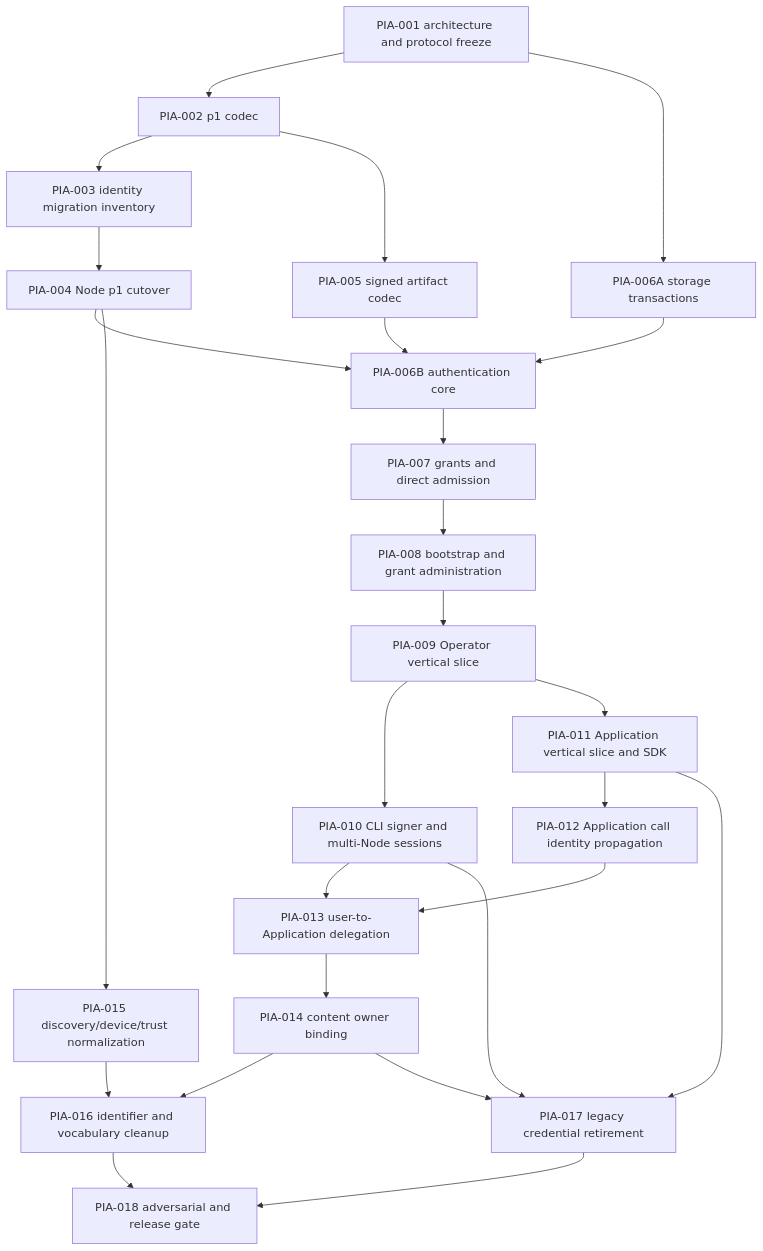
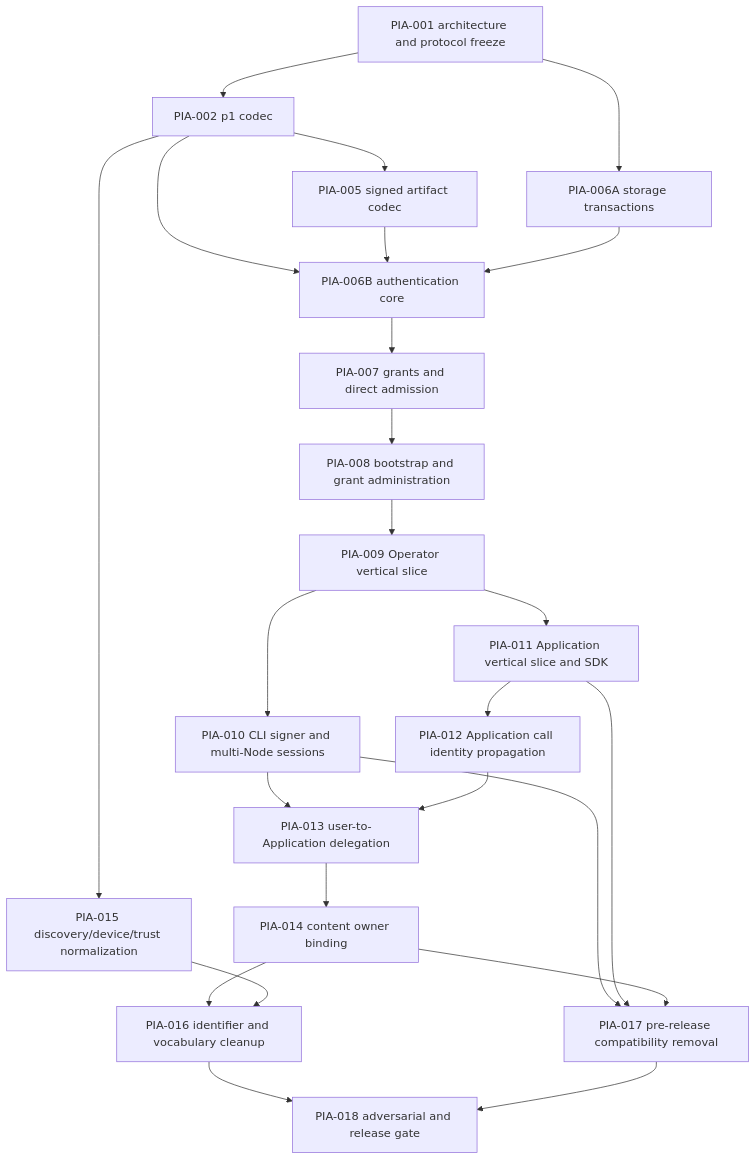
Before and after one commit to dianabuilds/ardents-network: the diagram in docs/engineering/principal-identity-and-access-work-plan.md, drawn with Mermaid. The commit also changed other lines of this file and 281 other files, not shown here.

Commit message:
wip: principal-centered identity access greenfield cutover

````diff
--- a/docs/engineering/principal-identity-and-access-work-plan.md
+++ b/docs/engineering/principal-identity-and-access-work-plan.md
@@ -54,28 +54,26 @@
 ```mermaid
 flowchart TD
     T1[PIA-001 architecture and protocol freeze] --> T2[PIA-002 p1 codec]
-    T2 --> T3[PIA-003 identity migration inventory]
-    T3 --> T4[PIA-004 Node p1 cutover]
     T2 --> T5[PIA-005 signed artifact codec]
     T1 --> T6A[PIA-006A storage transactions]
-    T4 --> T6B[PIA-006B authentication core]
+    T2 --> T6B[PIA-006B authentication core]
     T5 --> T6B
     T6A --> T6B
     T6B --> T7[PIA-007 grants and direct admission]
     T7 --> T8[PIA-008 bootstrap and grant administration]
     T8 --> T9[PIA-009 Operator vertical slice]
     T9 --> T10[PIA-010 CLI signer and multi-Node sessions]
     T9 --> T11[PIA-011 Application vertical slice and SDK]
     T11 --> T12[PIA-012 Application call identity propagation]
     T10 --> T13[PIA-013 user-to-Application delegation]
     T12 --> T13
     T13 --> T14[PIA-014 content owner binding]
-    T4 --> T15[PIA-015 discovery/device/trust normalization]
+    T2 --> T15[PIA-015 discovery/device/trust normalization]
     T14 --> T16[PIA-016 identifier and vocabulary cleanup]
     T15 --> T16
-    T10 --> T17[PIA-017 legacy credential retirement]
+    T10 --> T17[PIA-017 pre-release compatibility removal]
     T11 --> T17
     T14 --> T17
     T16 --> T18[PIA-018 adversarial and release gate]
     T17 --> T18
 ```
````
